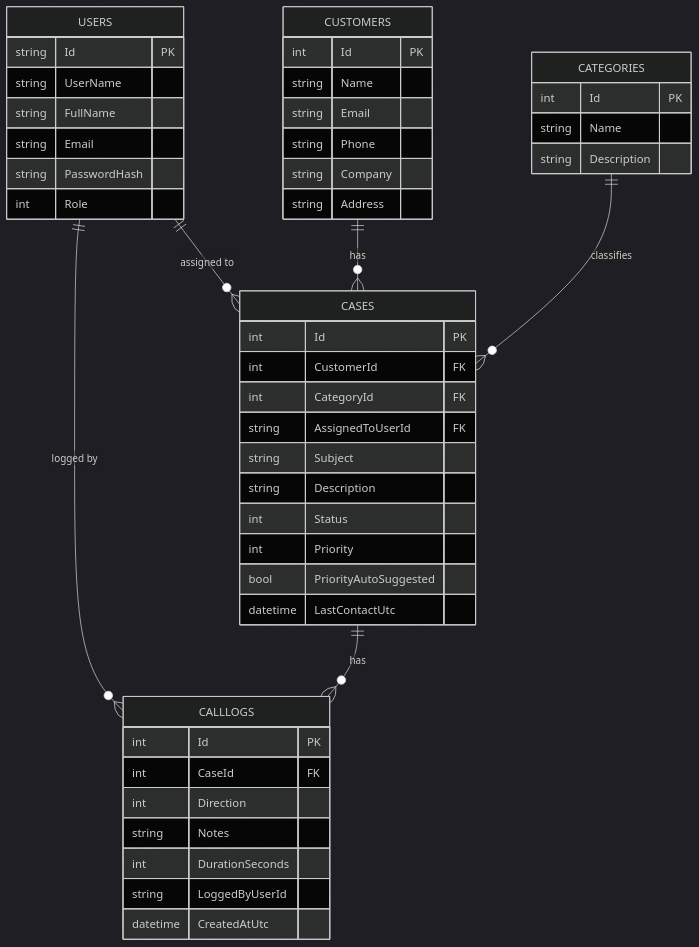
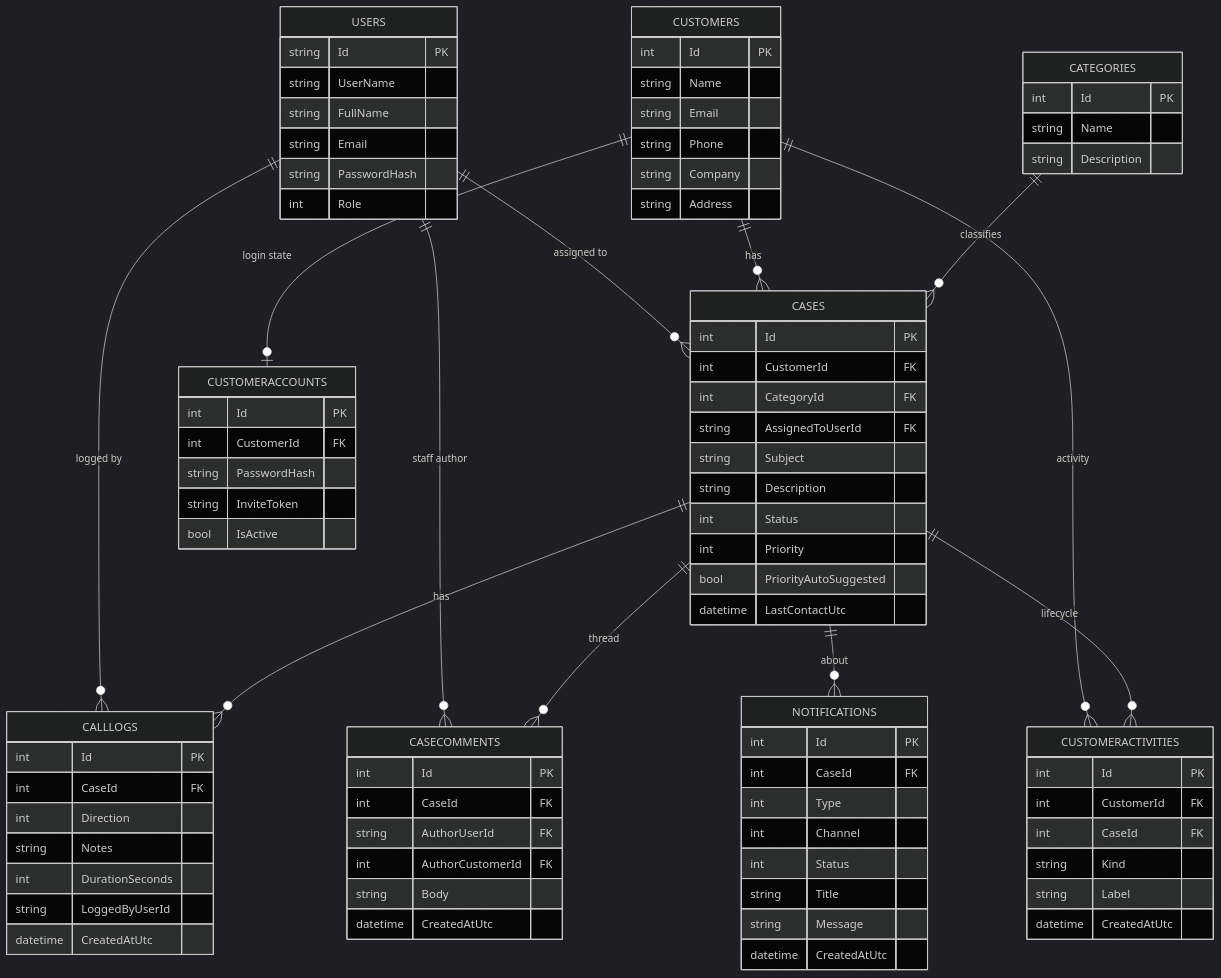
One commit to gpapillera/customer-service-ai-dashboard changed the second of 2 diagrams in README.md. Above: the diagram before and after it, drawn with Mermaid (dark theme). The commit also changed other lines of this file and 1 other file, not shown here.

Commit message:
docs: rewrite README to match actual app (portal, notifications, SSE; fix false Docker/CI claims)

````diff
--- a/README.md
+++ b/README.md
@@ -98,9 +153,15 @@
 erDiagram
     USERS ||--o{ CASES : "assigned to"
     USERS ||--o{ CALLLOGS : "logged by"
+    USERS ||--o{ CASECOMMENTS : "staff author"
     CUSTOMERS ||--o{ CASES : "has"
+    CUSTOMERS ||--o| CUSTOMERACCOUNTS : "login state"
+    CUSTOMERS ||--o{ CUSTOMERACTIVITIES : "activity"
     CATEGORIES ||--o{ CASES : "classifies"
     CASES ||--o{ CALLLOGS : "has"
+    CASES ||--o{ CASECOMMENTS : "thread"
+    CASES ||--o{ NOTIFICATIONS : "about"
+    CASES ||--o{ CUSTOMERACTIVITIES : "lifecycle"
 
     USERS {
         string Id PK
@@ -117,6 +178,13 @@
         string Phone
         string Company
         string Address
+    }
+    CUSTOMERACCOUNTS {
+        int Id PK
+        int CustomerId FK
+        string PasswordHash
+        string InviteToken
+        bool IsActive
     }
     CATEGORIES {
         int Id PK
@@ -135,6 +203,14 @@
         bool PriorityAutoSuggested
         datetime LastContactUtc
     }
+    CASECOMMENTS {
+        int Id PK
+        int CaseId FK
+        string AuthorUserId FK
+        int AuthorCustomerId FK
+        string Body
+        datetime CreatedAtUtc
+    }
     CALLLOGS {
         int Id PK
         int CaseId FK
@@ -144,4 +220,22 @@
         string LoggedByUserId
         datetime CreatedAtUtc
     }
+    CUSTOMERACTIVITIES {
+        int Id PK
+        int CustomerId FK
+        int CaseId FK
+        string Kind
+        string Label
+        datetime CreatedAtUtc
+    }
+    NOTIFICATIONS {
+        int Id PK
+        int CaseId FK
+        int Type
+        int Channel
+        int Status
+        string Title
+        string Message
+        datetime CreatedAtUtc
+    }
 ```
````
